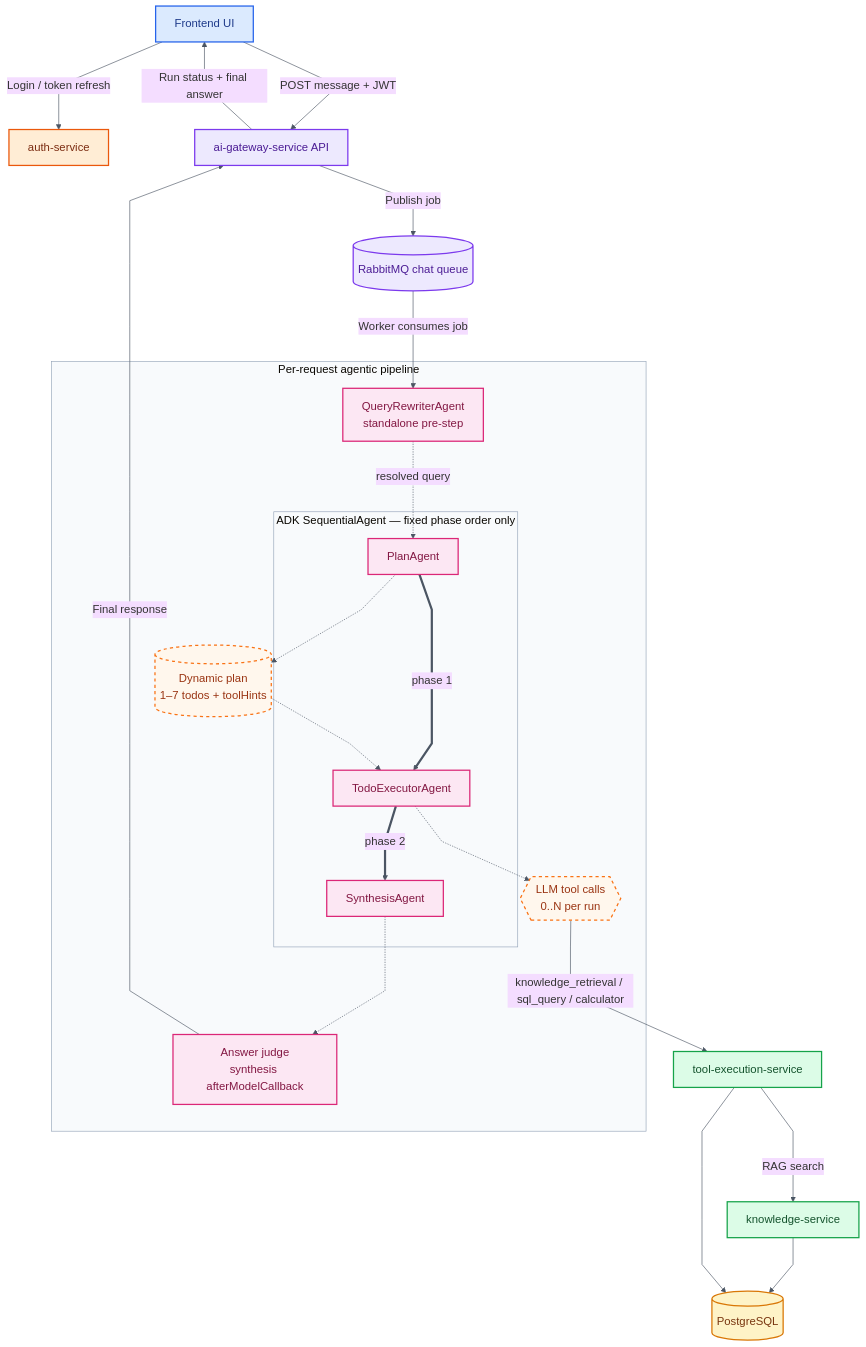
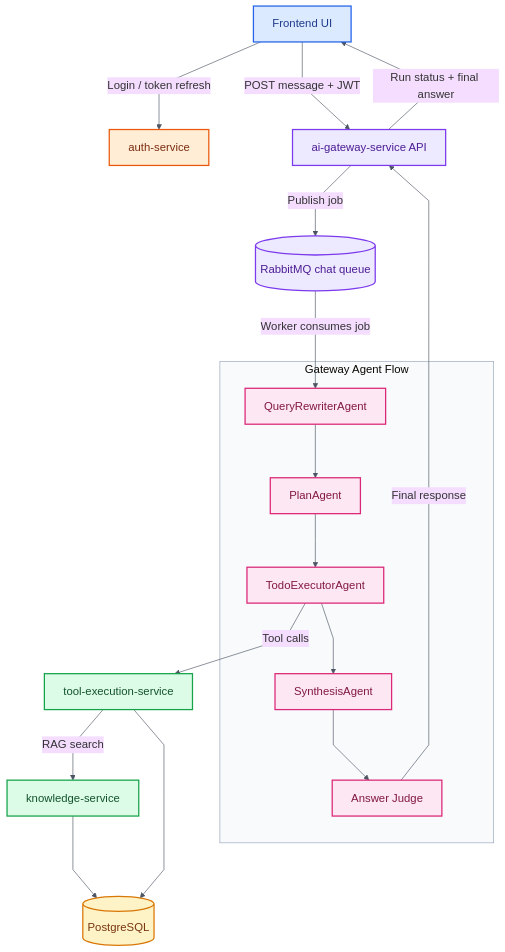
The second of 2 diagrams in README.md (Danilka-Akarawita/Assignment), drawn with Mermaid before and after one commit. The commit also changed other lines of this file, not shown here.

Commit message:
diagram refactored

````diff
--- a/README.md
+++ b/README.md
@@ -104,58 +104,49 @@
 ```mermaid
 %%{init: {'theme':'base','flowchart': {'curve':'linear','nodeSpacing': 60,'rankSpacing': 85},'themeVariables': {'fontFamily':'Arial','fontSize':'18px','lineColor':'#4b5563','clusterBkg':'#f8fafc','clusterBorder':'#94a3b8'}}}%%
 flowchart TB
   UI[Frontend UI]
   AUTH[auth-service]
   API[ai-gateway-service API]
   RMQ[(RabbitMQ chat queue)]
 
-  subgraph pipeline [Per-request agentic pipeline]
-    QR["QueryRewriterAgent<br/>standalone pre-step"]
-    subgraph shell ["ADK SequentialAgent — fixed phase order only"]
-      PA["PlanAgent"]
-      TE["TodoExecutorAgent"]
-      SA["SynthesisAgent"]
-      PA ==>|phase 1| TE
-      TE ==>|phase 2| SA
-    end
-    PLAN[("Dynamic plan<br/>1–7 todos + toolHints")]
-    TOOLS_LOOP{{"LLM tool calls<br/>0..N per run"}}
-    JUDGE["Answer judge<br/>synthesis afterModelCallback"]
-    QR -.->|resolved query| PA
-    PA -.-> PLAN
-    PLAN -.-> TE
-    TE -.-> TOOLS_LOOP
-    SA -.-> JUDGE
+  subgraph agents [Gateway Agent Flow]
+    QR[QueryRewriterAgent]
+    PA[PlanAgent]
+    TE[TodoExecutorAgent]
+    SA[SynthesisAgent]
+    JUDGE[Answer Judge]
   end
 
   TS[tool-execution-service]
   KS[knowledge-service]
   DB[(PostgreSQL)]
 
   UI -->|Login / token refresh| AUTH
   UI -->|POST message + JWT| API
   API -->|Publish job| RMQ
   RMQ -->|Worker consumes job| QR
-  TOOLS_LOOP -->|knowledge_retrieval / sql_query / calculator| TS
+  QR --> PA
+  PA --> TE
+  TE -->|Tool calls| TS
   TS -->|RAG search| KS
   KS --> DB
   TS --> DB
+  TE --> SA
+  SA --> JUDGE
   JUDGE -->|Final response| API
   API -->|Run status + final answer| UI
 
   classDef ui fill:#dbeafe,stroke:#2563eb,color:#1e3a8a,stroke-width:2px;
   classDef auth fill:#ffedd5,stroke:#ea580c,color:#7c2d12,stroke-width:2px;
   classDef gateway fill:#ede9fe,stroke:#7c3aed,color:#4c1d95,stroke-width:2px;
   classDef agents fill:#fce7f3,stroke:#db2777,color:#831843,stroke-width:2px;
-  classDef dynamic fill:#fff7ed,stroke:#f97316,color:#9a3412,stroke-width:2px,stroke-dasharray:5 5;
   classDef services fill:#dcfce7,stroke:#16a34a,color:#14532d,stroke-width:2px;
   classDef storage fill:#fef3c7,stroke:#d97706,color:#78350f,stroke-width:2px;
 
   class UI ui;
   class AUTH auth;
   class API,RMQ gateway;
   class QR,PA,TE,SA,JUDGE agents;
-  class PLAN,TOOLS_LOOP dynamic;
   class TS,KS services;
   class DB storage;
 ```
````
